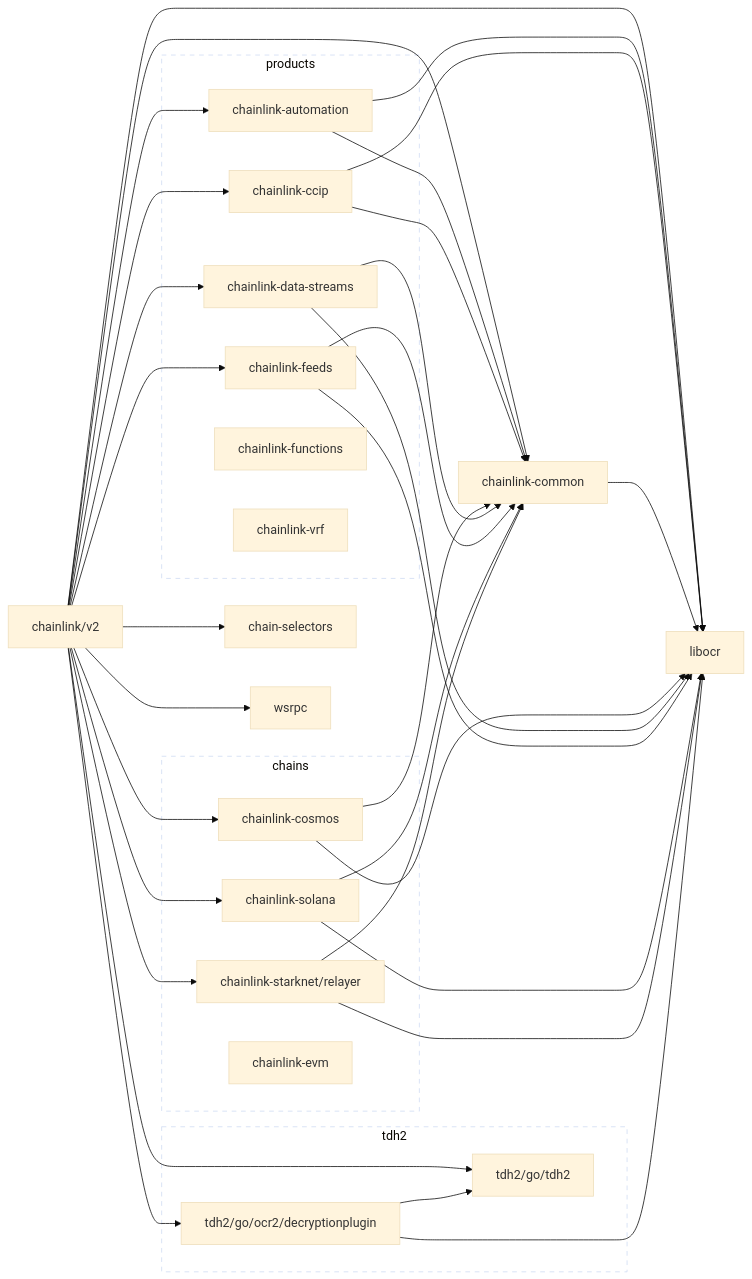
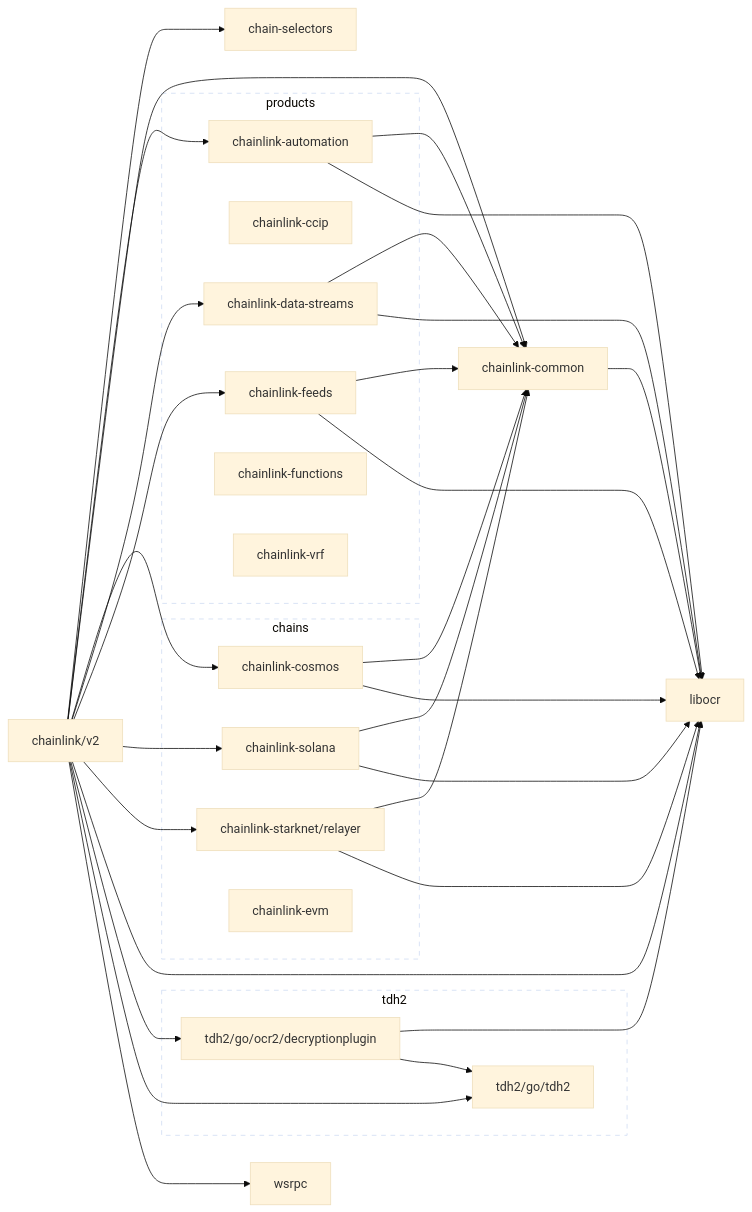
The diagram in go.md (smartcontractkit/ccip), drawn with Mermaid (base theme) before and after one commit. The commit also changed 304 other files, not shown here.

````diff
--- a/go.md
+++ b/go.md
@@ -2,70 +2,66 @@
 ```mermaid
 flowchart LR
   subgraph chains
     chainlink-cosmos
     chainlink-solana
     chainlink-starknet/relayer
     chainlink-evm
   end
 
   subgraph products
     chainlink-automation
     chainlink-ccip
     chainlink-data-streams
     chainlink-feeds
     chainlink-functions
     chainlink-vrf
   end
 
   subgraph tdh2
     tdh2/go/tdh2
     tdh2/go/ocr2/decryptionplugin
   end
 
   classDef outline stroke-dasharray:6,fill:none;
   class chains,products,tdh2 outline
 
   chainlink/v2 --> chain-selectors
   click chain-selectors href "https://github.com/smartcontractkit/chain-selectors"
   chainlink/v2 --> chainlink-automation
   click chainlink-automation href "https://github.com/smartcontractkit/chainlink-automation"
-  chainlink/v2 --> chainlink-ccip
-  click chainlink-ccip href "https://github.com/smartcontractkit/chainlink-ccip"
   chainlink/v2 --> chainlink-common
   click chainlink-common href "https://github.com/smartcontractkit/chainlink-common"
   chainlink/v2 --> chainlink-cosmos
   click chainlink-cosmos href "https://github.com/smartcontractkit/chainlink-cosmos"
   chainlink/v2 --> chainlink-data-streams
   click chainlink-data-streams href "https://github.com/smartcontractkit/chainlink-data-streams"
   chainlink/v2 --> chainlink-feeds
   click chainlink-feeds href "https://github.com/smartcontractkit/chainlink-feeds"
   chainlink/v2 --> chainlink-solana
   click chainlink-solana href "https://github.com/smartcontractkit/chainlink-solana"
   chainlink/v2 --> chainlink-starknet/relayer
   click chainlink-starknet/relayer href "https://github.com/smartcontractkit/chainlink-starknet"
   chainlink/v2 --> libocr
   click libocr href "https://github.com/smartcontractkit/libocr"
   chainlink/v2 --> tdh2/go/ocr2/decryptionplugin
   click tdh2/go/ocr2/decryptionplugin href "https://github.com/smartcontractkit/tdh2"
   chainlink/v2 --> tdh2/go/tdh2
   click tdh2/go/tdh2 href "https://github.com/smartcontractkit/tdh2"
   chainlink/v2 --> wsrpc
   click wsrpc href "https://github.com/smartcontractkit/wsrpc"
   chainlink-automation --> chainlink-common
   chainlink-automation --> libocr
-  chainlink-ccip --> chainlink-common
-  chainlink-ccip --> libocr
   chainlink-common --> libocr
   chainlink-cosmos --> chainlink-common
   chainlink-cosmos --> libocr
   chainlink-data-streams --> chainlink-common
   chainlink-data-streams --> libocr
   chainlink-feeds --> chainlink-common
   chainlink-feeds --> libocr
   chainlink-solana --> chainlink-common
   chainlink-solana --> libocr
   chainlink-starknet/relayer --> chainlink-common
   chainlink-starknet/relayer --> libocr
   tdh2/go/ocr2/decryptionplugin --> libocr
   tdh2/go/ocr2/decryptionplugin --> tdh2/go/tdh2
 ```
````
